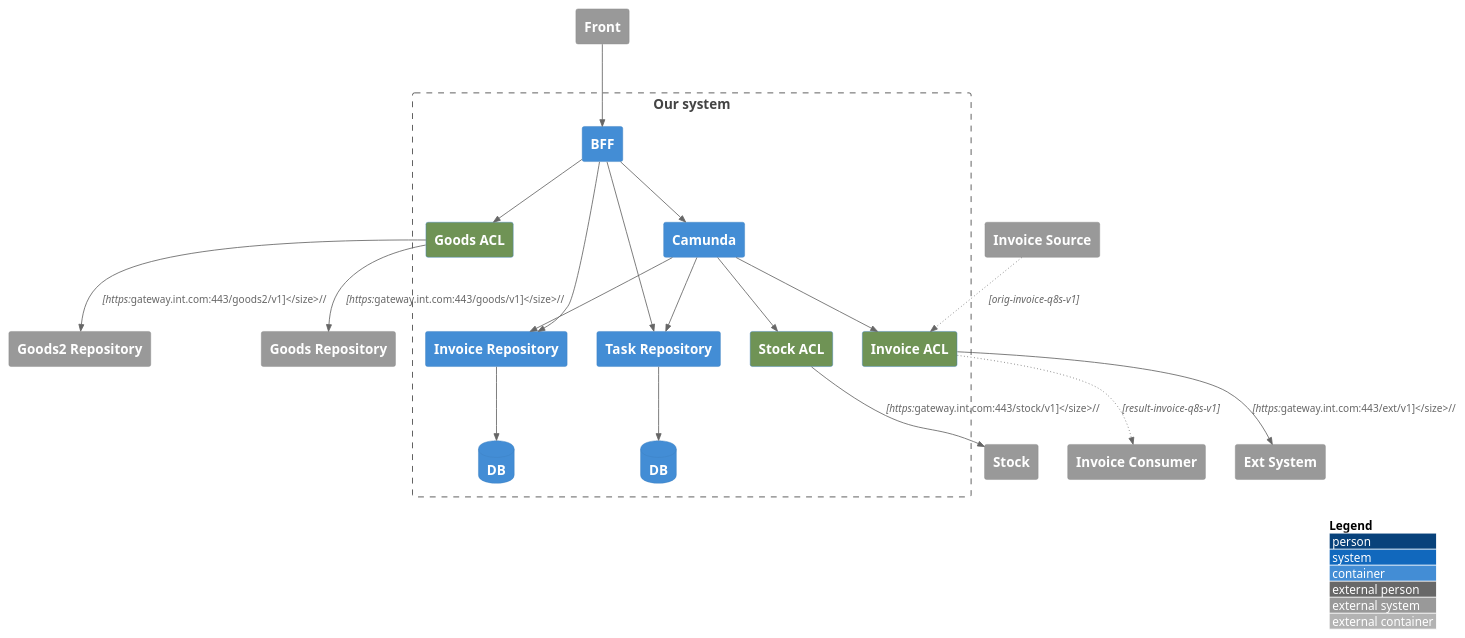
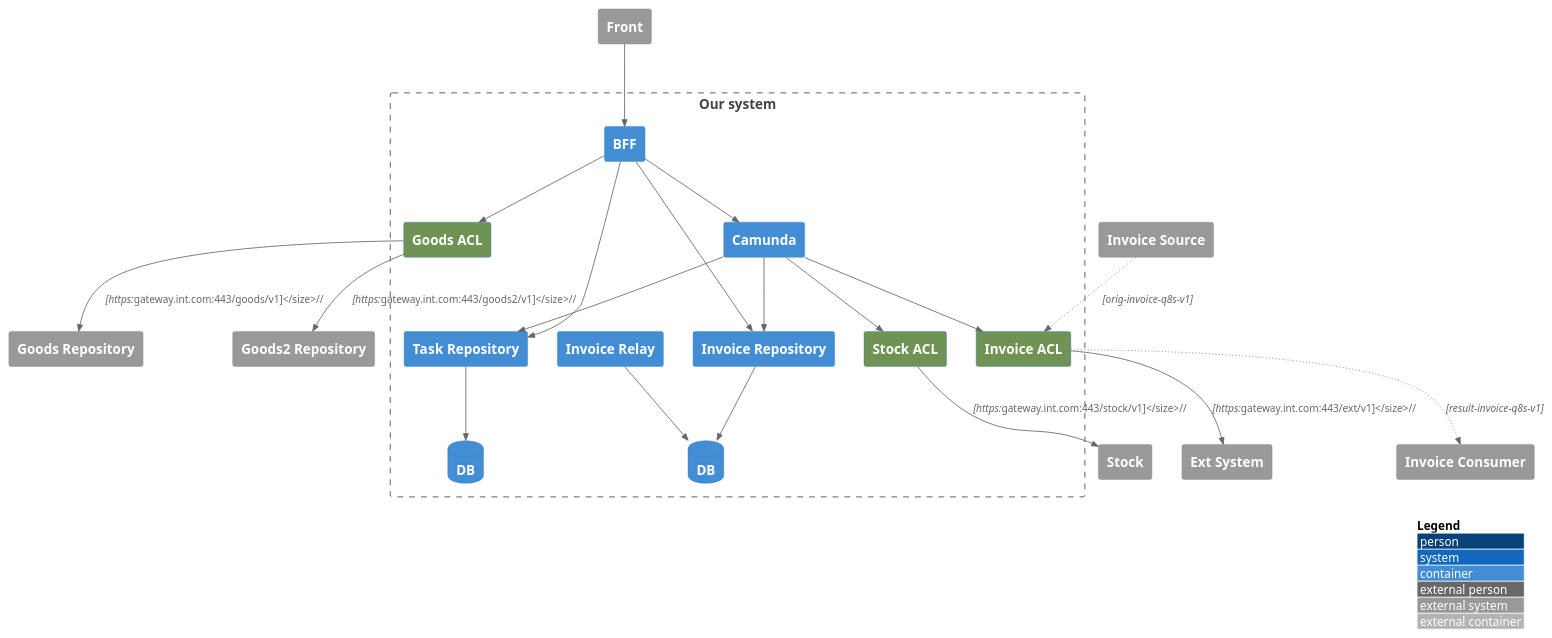
Before and after one commit to Byndyusoft/aact: the diagram in architecture/C4L2.puml, drawn with PlantUML. The commit also changed 1 other file, not shown here.

Commit message:
добавил тест на relay-сервис

```diff
--- a/architecture/C4L2.puml
+++ b/architecture/C4L2.puml
@@ -1,52 +1,55 @@
 @startuml "Demo Tests"
 !include https://raw.githubusercontent.com/plantuml-stdlib/C4-PlantUML/master/C4_Container.puml
 
 LAYOUT_WITH_LEGEND()
 
 AddRelTag("async",  $lineStyle = DottedLine())
 AddElementTag("acl",  $bgColor = "#6F9355")
 
 System_Ext(stock, "Stock")
 System_Ext(ext_system, "Ext System")
 System_Ext(invoice_source, "Invoice Source")
 System_Ext(invoice_dest, "Invoice Consumer")
 System_Ext(goods_repository, "Goods Repository")
 System_Ext(goods2_repository, "Goods2 Repository")
 System_Ext(front, "Front")
 
 Boundary(our_system, "Our system"){
         Container(bff, "BFF")
         Container(goods_acl, "Goods ACL", "", "", $tags="acl")
         Container(camunda, "Camunda")
         Container(task_repository, "Task Repository", "", "", $tags="repo")
         Container(invoice_repository, "Invoice Repository", "", "", $tags="repo")
         Container(invoice_acl, "Invoice ACL", "", "", $tags="acl")
         Container(stock_acl, "Stock ACL", "", "", $tags="acl")
 
         ContainerDb(task_repository_db,"DB")
         ContainerDb(invoice_repository_db,"DB")
+
+        Container(invoice_relay, "Invoice Relay", "", "", $tags="relay")
 }
 
 Rel(front, bff, "")
 Rel(bff, camunda, "")
 Rel(camunda, stock_acl, "")
 Rel(stock_acl, stock, "", "https://gateway.int.com:443/stock/v1")
 
 Rel(bff, goods_acl, "")
 Rel(goods_acl, goods_repository, "", "https://gateway.int.com:443/goods/v1")
 Rel(goods_acl, goods2_repository, "", "https://gateway.int.com:443/goods2/v1")
 
 Rel(bff, task_repository, "")
 Rel(task_repository, task_repository_db, "")
 
 Rel(bff, invoice_repository, "")
 Rel(invoice_repository, invoice_repository_db, "")
+Rel(invoice_relay, invoice_repository_db, "")
 
 Rel(camunda, task_repository, "")
 Rel(camunda, invoice_repository, "")
 Rel(camunda, invoice_acl, "")
 Rel(invoice_source, invoice_acl, "", "orig-invoice-q8s-v1", $tags="async")
 Rel(invoice_acl, invoice_dest, "", "result-invoice-q8s-v1", $tags="async")
 Rel(invoice_acl, ext_system, "", "https://gateway.int.com:443/ext/v1")
 
 @enduml
```
